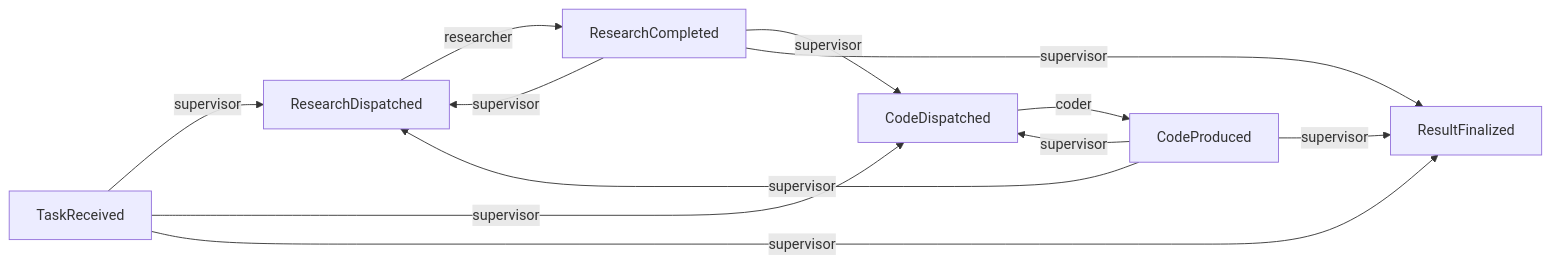
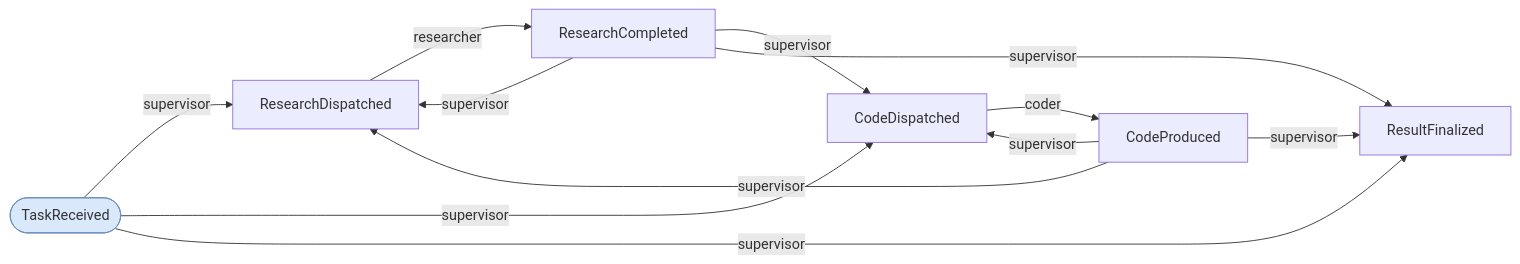
The diagram in examples/supervisor.graph.md (cadance-io/langgraph-events), drawn with Mermaid before and after one commit. The commit also changed 10 other files, not shown here.

First line of the commit message:
Add seed event styling and typed Scatter[T] to mermaid diagrams

````diff
--- a/examples/supervisor.graph.md
+++ b/examples/supervisor.graph.md
@@ -4,15 +4,17 @@
 ```mermaid
 graph LR
+    classDef seed fill:#dae8fc,stroke:#6c8ebf
+    TaskReceived([TaskReceived]):::seed
     TaskReceived -->|supervisor| ResearchDispatched
     TaskReceived -->|supervisor| CodeDispatched
     TaskReceived -->|supervisor| ResultFinalized
     ResearchCompleted -->|supervisor| ResearchDispatched
     ResearchCompleted -->|supervisor| CodeDispatched
     ResearchCompleted -->|supervisor| ResultFinalized
     CodeProduced -->|supervisor| ResearchDispatched
     CodeProduced -->|supervisor| CodeDispatched
     CodeProduced -->|supervisor| ResultFinalized
     ResearchDispatched -->|researcher| ResearchCompleted
     CodeDispatched -->|coder| CodeProduced
 %% Side-effect handlers: audit_trail (Auditable)
 ```
````
